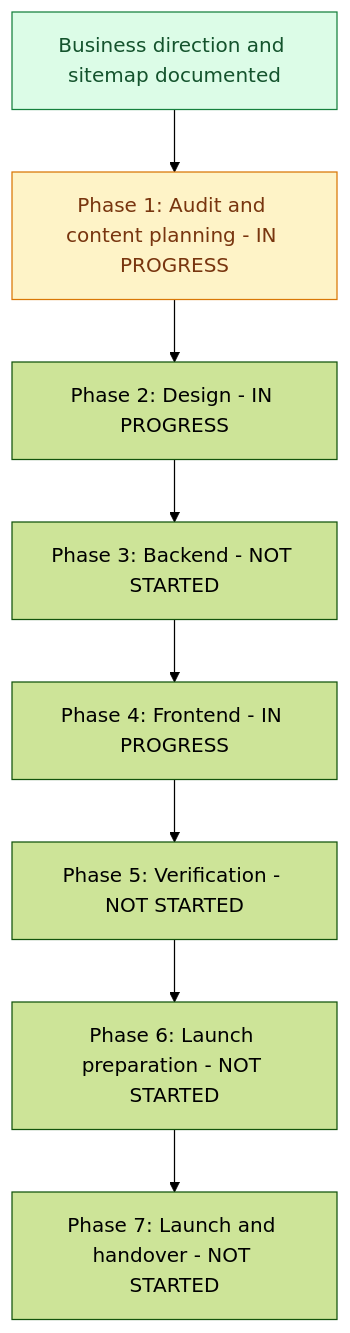
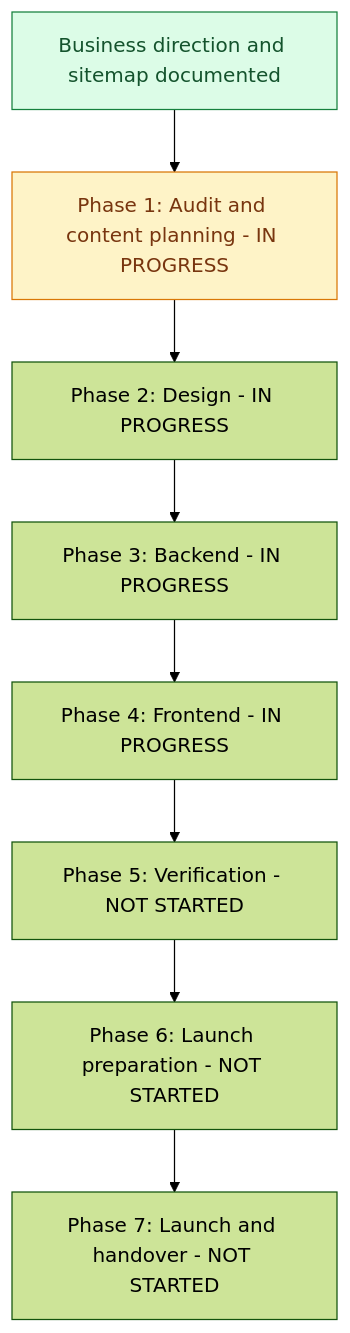
One commit to ibugithub/Rs-Trade changed the diagram in goals/restructure-progress.md. Above: the diagram before and after it, drawn with Mermaid (forest theme). The commit also changed other lines of this file and 33 other files, not shown here.

````diff
--- a/goals/restructure-progress.md
+++ b/goals/restructure-progress.md
@@ -23,12 +23,12 @@
 ```mermaid
 flowchart TD
     A[Business direction and sitemap documented] --> B[Phase 1: Audit and content planning - IN PROGRESS]
     B --> C[Phase 2: Design - IN PROGRESS]
-    C --> D[Phase 3: Backend - NOT STARTED]
+    C --> D[Phase 3: Backend - IN PROGRESS]
     D --> E[Phase 4: Frontend - IN PROGRESS]
     E --> F[Phase 5: Verification - NOT STARTED]
     F --> G[Phase 6: Launch preparation - NOT STARTED]
     G --> H[Phase 7: Launch and handover - NOT STARTED]
     style A fill:#dcfce7,stroke:#15803d,color:#14532d
     style B fill:#fef3c7,stroke:#d97706,color:#78350f
 ```
````
